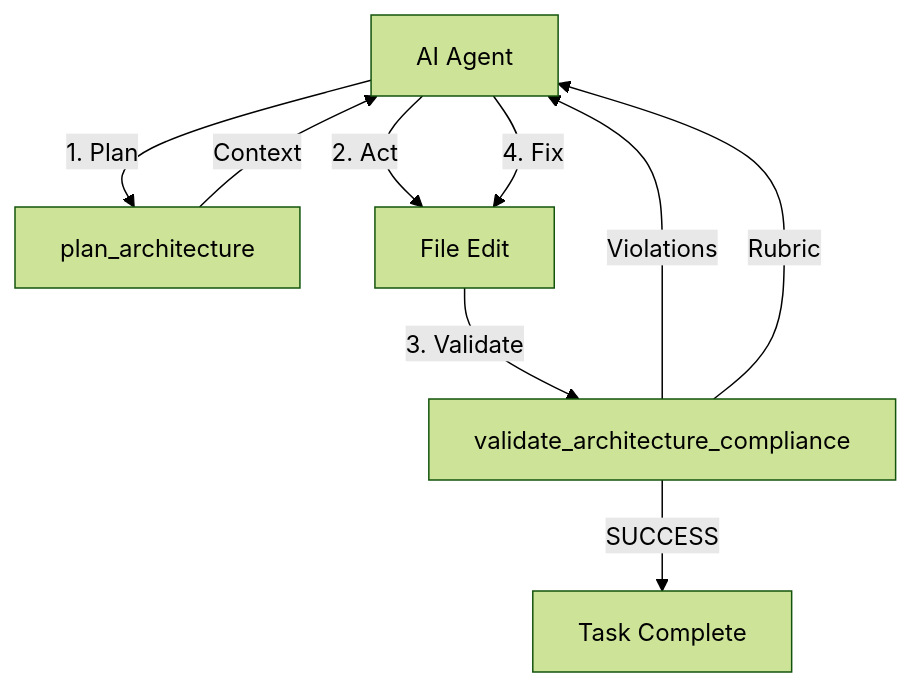
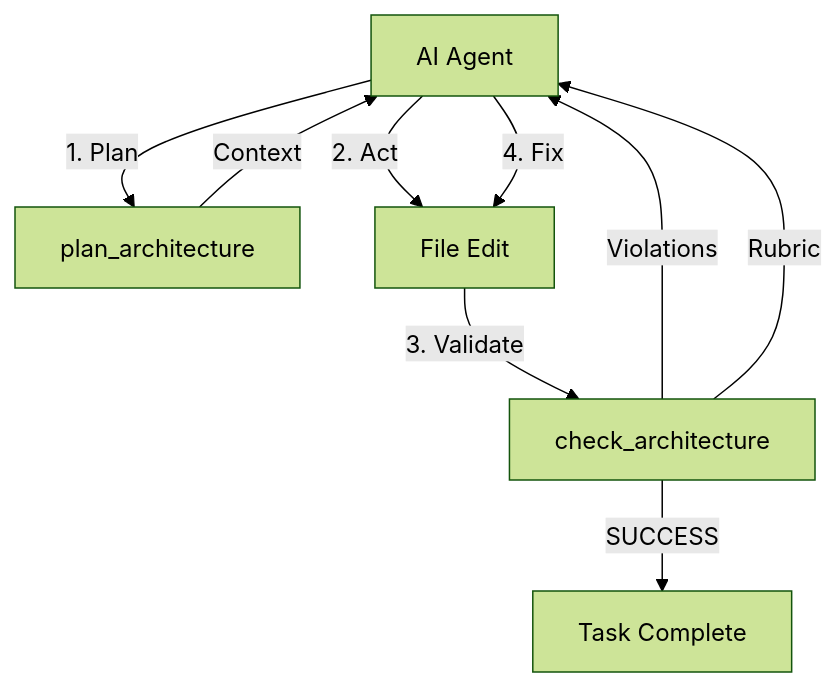
The diagram in docs/ARCHITECTURE.md (seismael/aegis), drawn with Mermaid (forest theme) before and after one commit. The commit also changed other lines of this file and 31 other files, not shown here.

Commit message:
feat: implement semantic analysis engine, architectural baseline management, and agent-native evaluation workflows

````diff
--- a/docs/ARCHITECTURE.md
+++ b/docs/ARCHITECTURE.md
@@ -54,11 +54,11 @@
 ```mermaid
 graph TD
     Agent[AI Agent] -->|1. Plan| Plan[plan_architecture]
     Plan -->|Context| Agent
     Agent -->|2. Act| Edit[File Edit]
-    Edit -->|3. Validate| Gate[validate_architecture_compliance]
+    Edit -->|3. Validate| Gate[check_architecture]
     Gate -->|Violations| Agent
     Gate -->|Rubric| Agent
     Agent -->|4. Fix| Edit
     Gate -->|SUCCESS| Done[Task Complete]
 ```
````
